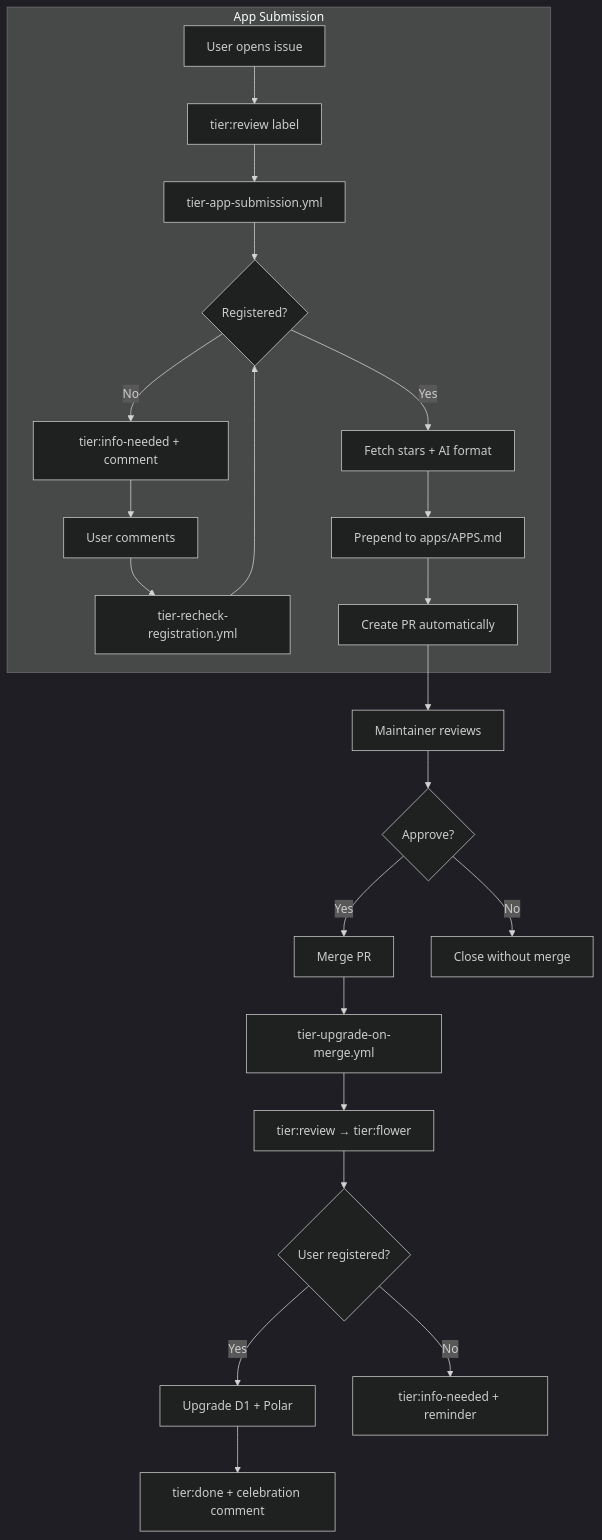
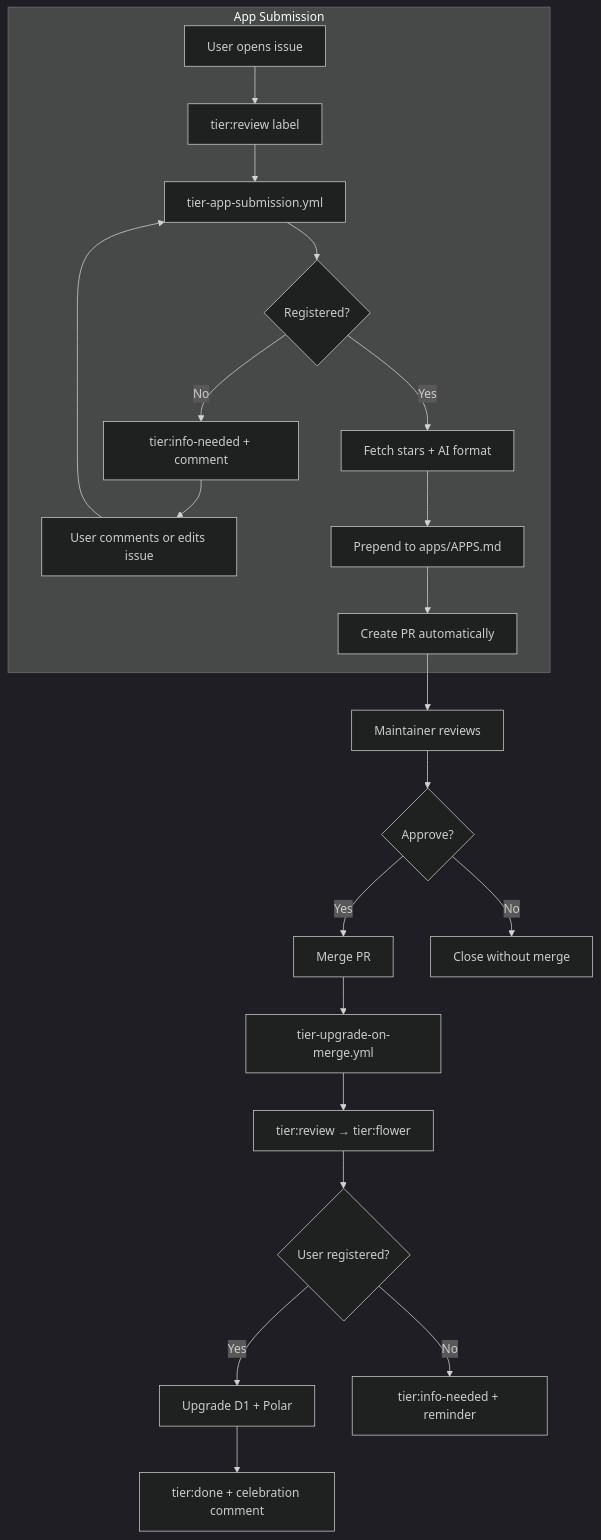
Before and after one commit to pollinations/pollinations: the diagram in .github/docs/TIER-UPGRADE.md, drawn with Mermaid. The commit also changed other lines of this file, not shown here.

First line of the commit message:
docs: update TIER-UPGRADE.md with current state

````diff
--- a/.github/docs/TIER-UPGRADE.md
+++ b/.github/docs/TIER-UPGRADE.md
@@ -57,29 +57,28 @@
 ```mermaid
 %%{init: {'theme': 'dark'}}%%
 flowchart TD
     subgraph APP["App Submission"]
         A1[User opens issue] --> A2[tier:review label]
         A2 --> A3[tier-app-submission.yml]
         A3 --> A4{Registered?}
         A4 -->|No| A5[tier:info-needed + comment]
-        A5 --> A6[User comments]
-        A6 --> A7[tier-recheck-registration.yml]
-        A7 --> A4
+        A5 --> A6[User comments or edits issue]
+        A6 --> A3
         A4 -->|Yes| A8[Fetch stars + AI format]
         A8 --> A9[Prepend to apps/APPS.md]
         A9 --> A10[Create PR automatically]
     end
 
     A10 --> C[Maintainer reviews]
 
     C --> D{Approve?}
     D -->|Yes| E[Merge PR]
     D -->|No| F[Close without merge]
 
     E --> G[tier-upgrade-on-merge.yml]
     G --> G1[tier:review → tier:flower]
     G1 --> I{User registered?}
     I -->|Yes| J[Upgrade D1 + Polar]
     J --> K[tier:done + celebration comment]
     I -->|No| L[tier:info-needed + reminder]
 ```
````
